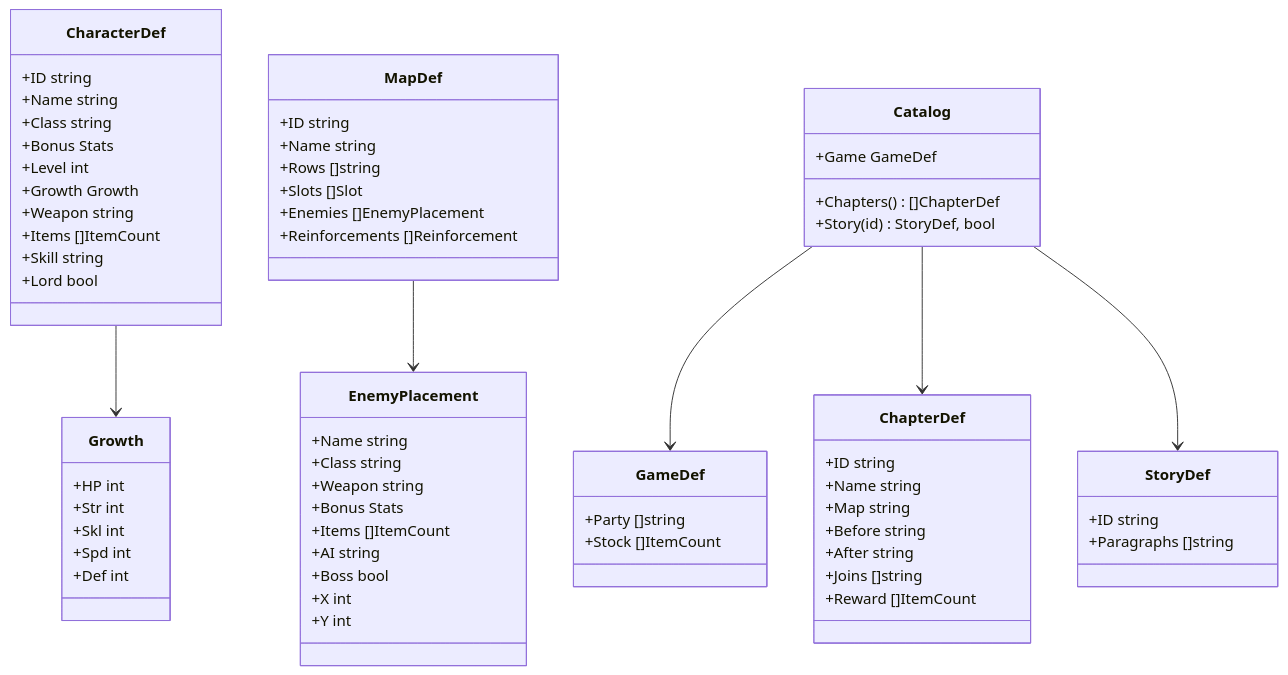
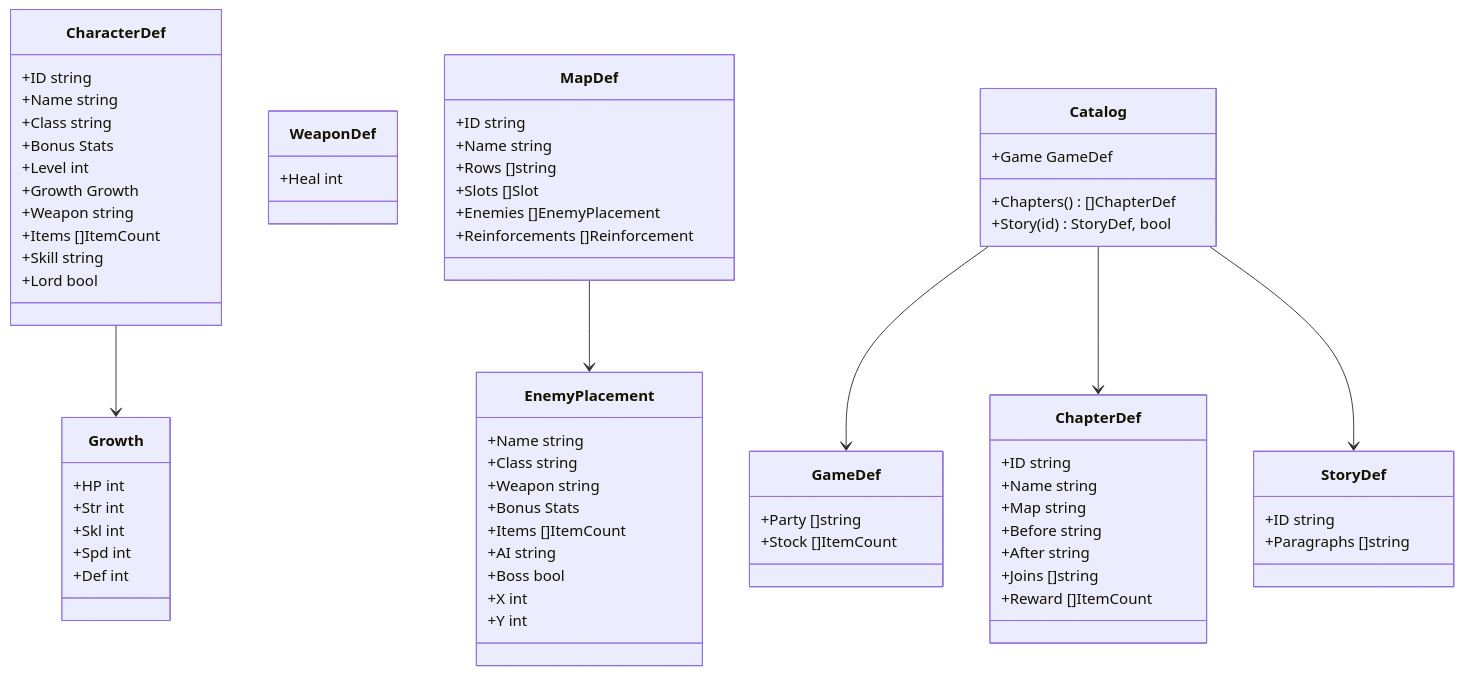
One commit to sakana396/renkin_tactics changed the second of 6 diagrams in docs/03_design/design-it02.md. Above: the diagram before and after it, drawn with Mermaid. The commit also changed other lines of this file and 5 other files, not shown here.

````diff
--- a/docs/03_design/design-it02.md
+++ b/docs/03_design/design-it02.md
@@ -63,68 +78,71 @@
 ```mermaid
 classDiagram
   class GameDef {
     +Party []string
     +Stock []ItemCount
   }
   class CharacterDef {
     +ID string
     +Name string
     +Class string
     +Bonus Stats
     +Level int
     +Growth Growth
     +Weapon string
     +Items []ItemCount
     +Skill string
     +Lord bool
   }
   class Growth {
     +HP int
     +Str int
     +Skl int
     +Spd int
     +Def int
+  }
+  class WeaponDef {
+    +Heal int
   }
   class ChapterDef {
     +ID string
     +Name string
     +Map string
     +Before string
     +After string
     +Joins []string
     +Reward []ItemCount
   }
   class StoryDef {
     +ID string
     +Paragraphs []string
   }
   class MapDef {
     +ID string
     +Name string
     +Rows []string
     +Slots []Slot
     +Enemies []EnemyPlacement
     +Reinforcements []Reinforcement
   }
   class EnemyPlacement {
     +Name string
     +Class string
     +Weapon string
     +Bonus Stats
     +Items []ItemCount
     +AI string
     +Boss bool
     +X int
     +Y int
   }
   class Catalog {
     +Game GameDef
     +Chapters() []ChapterDef
     +Story(id) StoryDef, bool
   }
   Catalog --> GameDef
   Catalog --> ChapterDef
   Catalog --> StoryDef
   CharacterDef --> Growth
   MapDef --> EnemyPlacement
 ```
````
